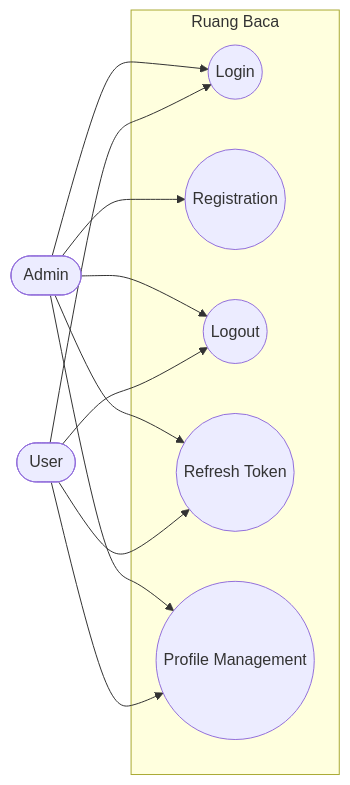
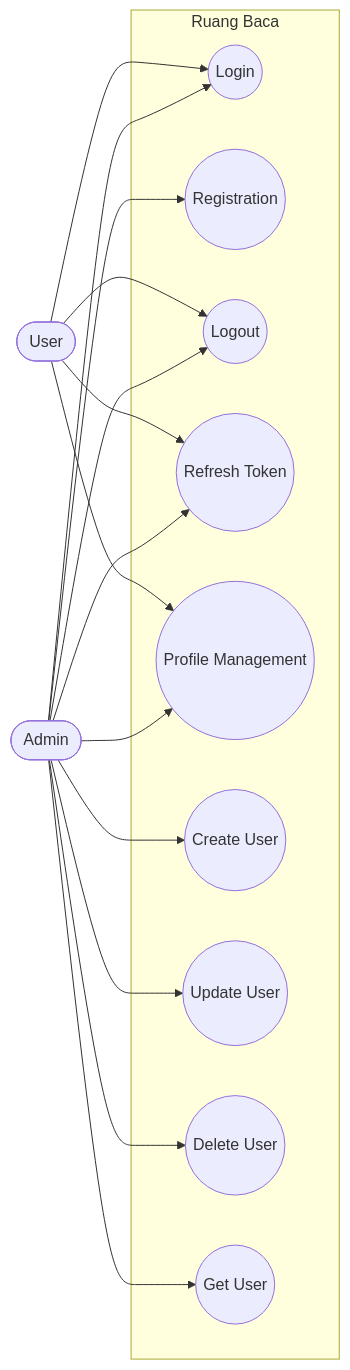
Before and after one commit to dimstyle/ruang-baca: the diagram in docs/uml/src/diagrams/list-diagrams/use-case.mmd, drawn with Mermaid.

Commit message:
docs(uml): add admin user management gateways to use-case diagram

```diff
--- a/docs/uml/src/diagrams/list-diagrams/use-case.mmd
+++ b/docs/uml/src/diagrams/list-diagrams/use-case.mmd
@@ -1,22 +1,30 @@
 flowchart LR
     user(["User"])
     admin(["Admin"])
 
     subgraph system["Ruang Baca"]
         login(("Login"))
         register(("Registration"))
         logout(("Logout"))
         refreshToken(("Refresh Token"))
         profileManagement(("Profile Management"))
+        createUser(("Create User"))
+        updateUser(("Update User"))
+        deleteUser(("Delete User"))
+        getUser(("Get User"))
     end
 
     user --> login
     user --> logout
     user --> refreshToken
     user --> profileManagement
     
     admin --> login
     admin --> register
     admin --> logout
     admin --> refreshToken
     admin --> profileManagement
+    admin --> createUser
+    admin --> updateUser
+    admin --> deleteUser
+    admin --> getUser
```
